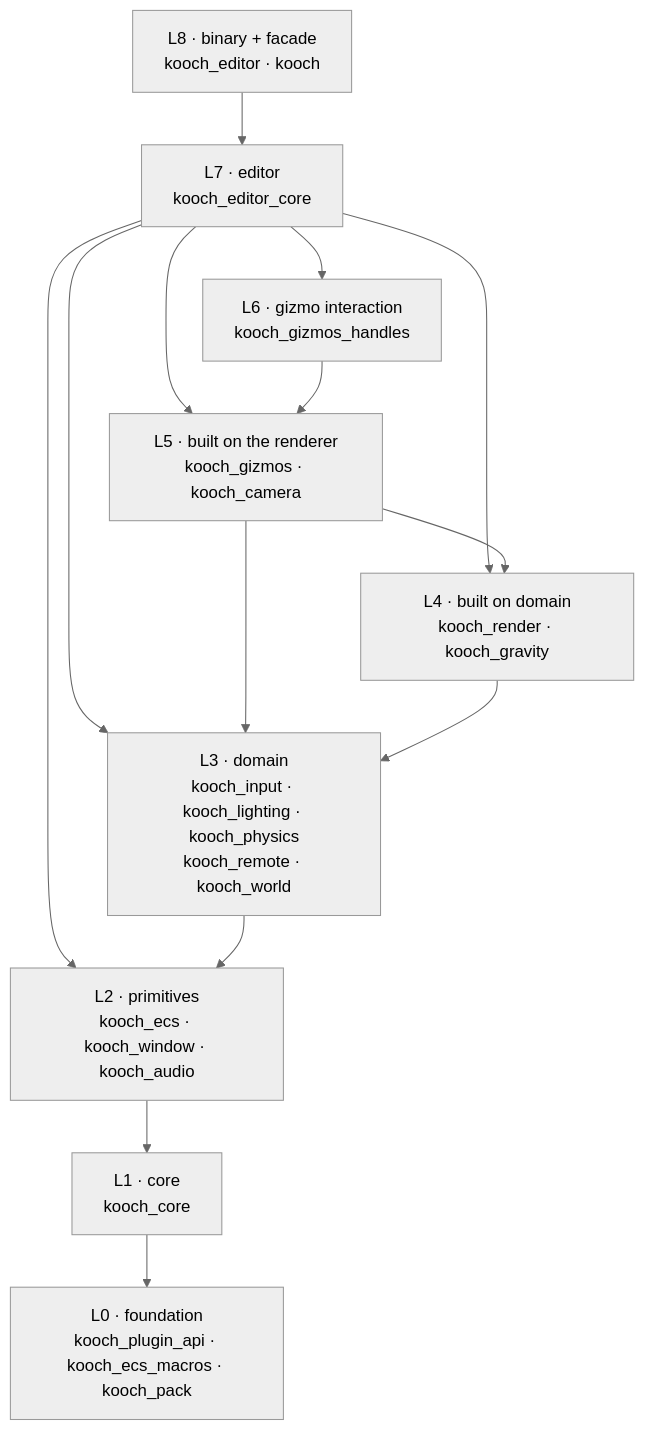
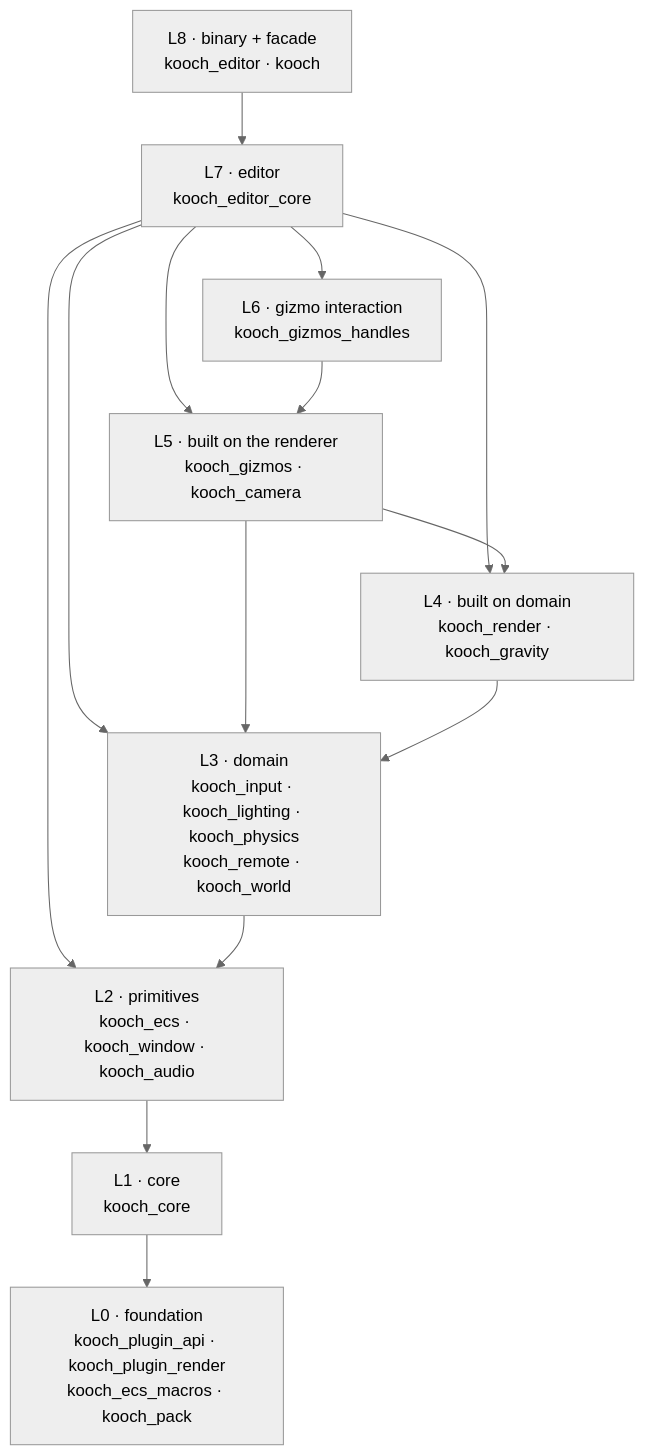
Before and after one commit to lobinuxsoft/kooch: the diagram in docs/book/src/architecture/crate-graph.md, drawn with Mermaid (neutral theme). The commit also changed other lines of this file and 21 other files, not shown here.

First line of the commit message:
feat(core): a plugin can add a render pass

````diff
--- a/docs/book/src/architecture/crate-graph.md
+++ b/docs/book/src/architecture/crate-graph.md
@@ -57,26 +57,26 @@
 ```mermaid
 flowchart TD
     L8["L8 · binary + facade<br/>kooch_editor · kooch"]
     L7["L7 · editor<br/>kooch_editor_core"]
     L6["L6 · gizmo interaction<br/>kooch_gizmos_handles"]
     L5["L5 · built on the renderer<br/>kooch_gizmos · kooch_camera"]
     L4["L4 · built on domain<br/>kooch_render · kooch_gravity"]
     L3["L3 · domain<br/>kooch_input · kooch_lighting · kooch_physics<br/>kooch_remote · kooch_world"]
     L2["L2 · primitives<br/>kooch_ecs · kooch_window · kooch_audio"]
     L1["L1 · core<br/>kooch_core"]
-    L0["L0 · foundation<br/>kooch_plugin_api · kooch_ecs_macros · kooch_pack"]
+    L0["L0 · foundation<br/>kooch_plugin_api · kooch_plugin_render<br/>kooch_ecs_macros · kooch_pack"]
 
     L8 --> L7
     L7 --> L6
     L7 --> L5
     L7 --> L4
     L7 --> L3
     L7 --> L2
     L6 --> L5
     L5 --> L4
     L5 --> L3
     L4 --> L3
     L3 --> L2
     L2 --> L1
     L1 --> L0
 ```
````
